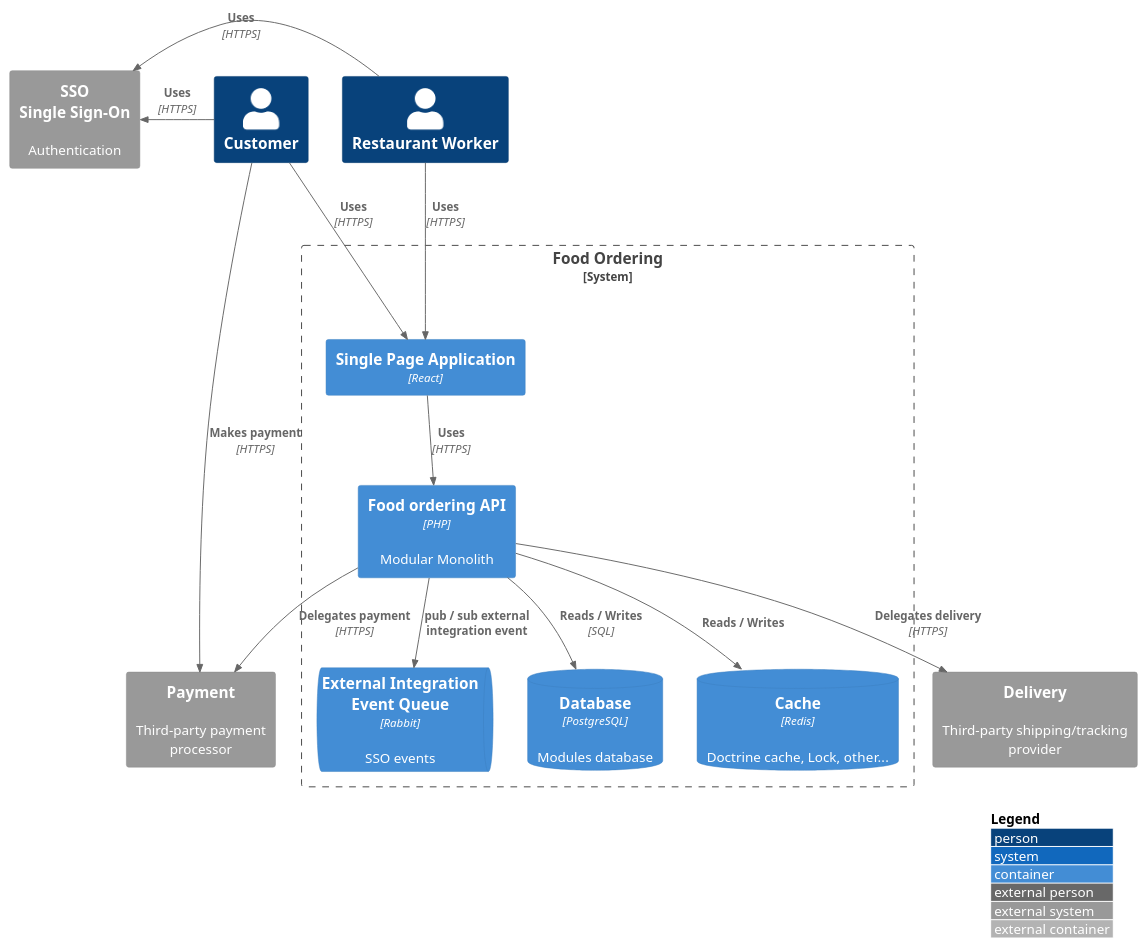
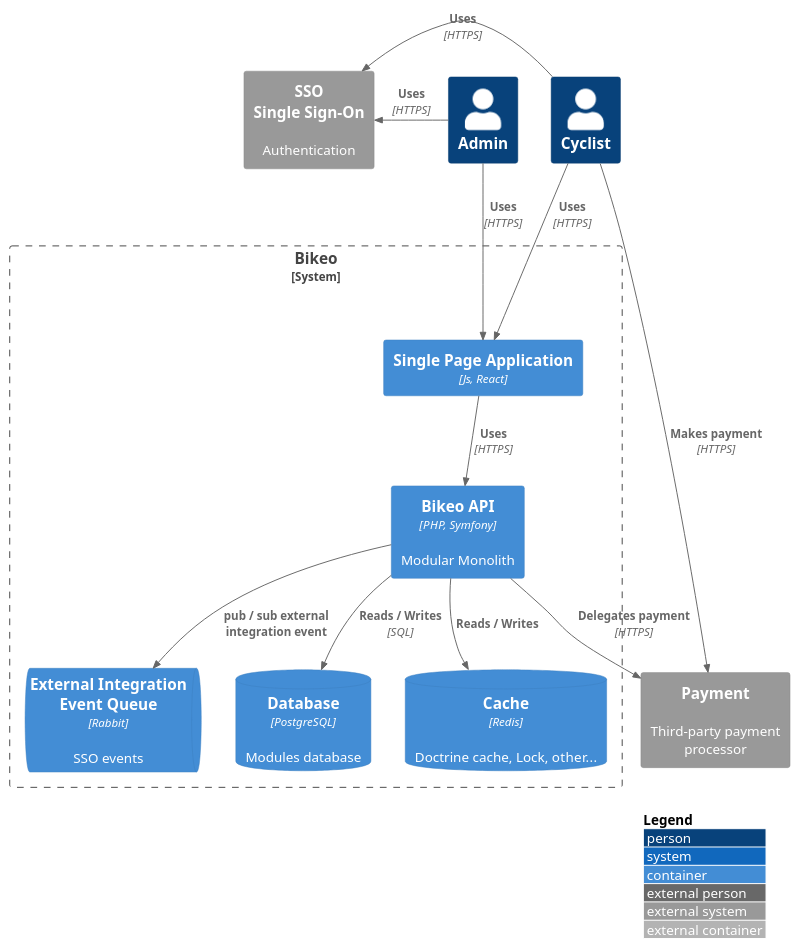
One commit to velorb/modular-monolith-php changed the diagram in docs/C4/c2_container.puml. Above: the diagram before and after it, drawn with PlantUML. The commit also changed 53 other files, not shown here.

```diff
--- a/docs/C4/c2_container.puml
+++ b/docs/C4/c2_container.puml
@@ -1,31 +1,29 @@
 @startuml
 !include https://raw.githubusercontent.com/plantuml-stdlib/C4-PlantUML/master/C4_Container.puml
 
-Person(customer, "Customer")
-Person(restaurantWorker, "Restaurant Worker")
+Person(cyclist, "Cyclist")
+Person(admin, "Admin")
 System_Ext(payment, "Payment", "Third‑party payment processor")
-System_Ext(delivery, "Delivery", "Third‑party shipping/tracking provider")
 System_Ext(sso, "SSO\nSingle Sign-On", "Authentication")
 
-System_Boundary(c1, "Food Ordering") {
-    Container(spa, "Single Page Application", "React")
-    Container(api, "Food ordering API", "PHP", "Modular Monolith")
+System_Boundary(c1, "Bikeo") {
+    Container(spa, "Single Page Application", "Js, React")
+    Container(api, "Bikeo API", "PHP, Symfony", "Modular Monolith")
     ContainerQueue("externalIntegrationEventQueue", "External Integration Event Queue", "Rabbit" ,"SSO events")
     ContainerDb(database, "Database", "PostgreSQL", "Modules database")
     ContainerDb(redis, "Cache", "Redis", "Doctrine cache, Lock, other...")
 }
 
-Rel_L(customer, sso, "Uses", "HTTPS")
-Rel_L(restaurantWorker, sso, "Uses", "HTTPS")
-Rel(customer, spa, "Uses", "HTTPS")
-Rel(restaurantWorker, spa, "Uses", "HTTPS")
+Rel_L(cyclist, sso, "Uses", "HTTPS")
+Rel_L(admin, sso, "Uses", "HTTPS")
+Rel(cyclist, spa, "Uses", "HTTPS")
+Rel(admin, spa, "Uses", "HTTPS")
 Rel(spa, api, "Uses", "HTTPS")
 Rel(api, database, "Reads / Writes", "SQL")
 Rel(api, redis, "Reads / Writes")
-Rel(api, delivery, "Delegates delivery", "HTTPS")
 Rel(api, payment, "Delegates payment", "HTTPS")
 Rel(api, externalIntegrationEventQueue, "pub / sub external integration event")
-Rel(customer, payment, "Makes payment", "HTTPS")
+Rel(cyclist, payment, "Makes payment", "HTTPS")
 
 LAYOUT_WITH_LEGEND()
 @enduml
```
